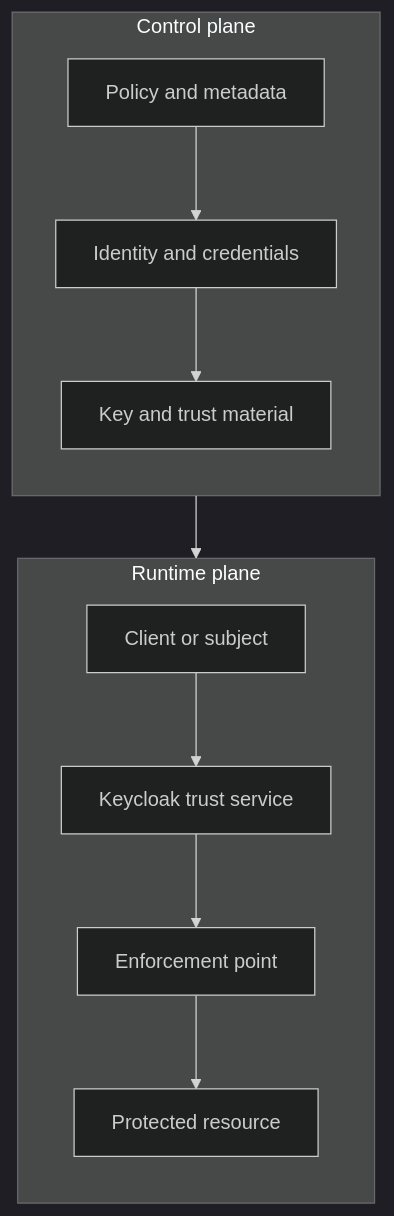
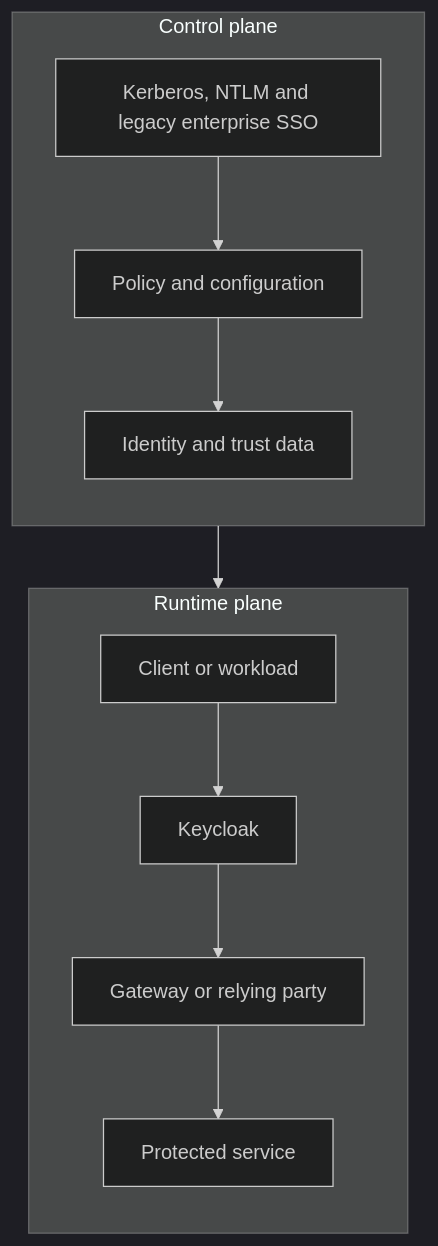
Before and after one commit to jeanflorentine/IAM-KeyCloack-Lab: the eighth of 36 diagrams in KeyCloack Reference Book.md, drawn with Mermaid (dark theme). The commit also changed other lines of this file, not shown here.

````diff
--- a/KeyCloack Reference Book.md
+++ b/KeyCloack Reference Book.md
@@ -830,24 +819,24 @@
 ```mermaid
 flowchart TB
     subgraph CP[Control plane]
         direction TB
-        P[Policy and metadata]
-        I[Identity and credentials]
-        K[Key and trust material]
-        P --> I
-        I --> K
+        A[Kerberos, NTLM and legacy enterprise SSO]
+        B[Policy and configuration]
+        C[Identity and trust data]
+        A --> B
+        B --> C
     end
 
     subgraph RP[Runtime plane]
         direction TB
-        C[Client or subject]
-        KC[Keycloak trust service]
-        E[Enforcement point]
-        R[Protected resource]
-        C --> KC
-        KC --> E
-        E --> R
+        D[Client or workload]
+        E[Keycloak]
+        F[Gateway or relying party]
+        G[Protected service]
+        D --> E
+        E --> F
+        F --> G
     end
 
     CP --> RP
 ```
````
